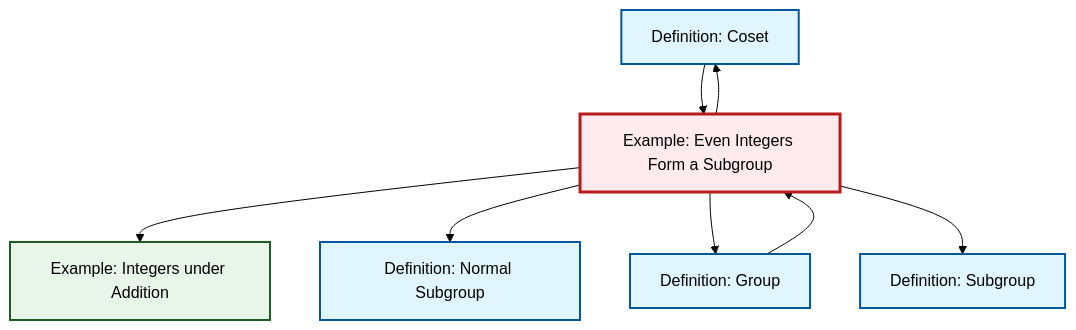
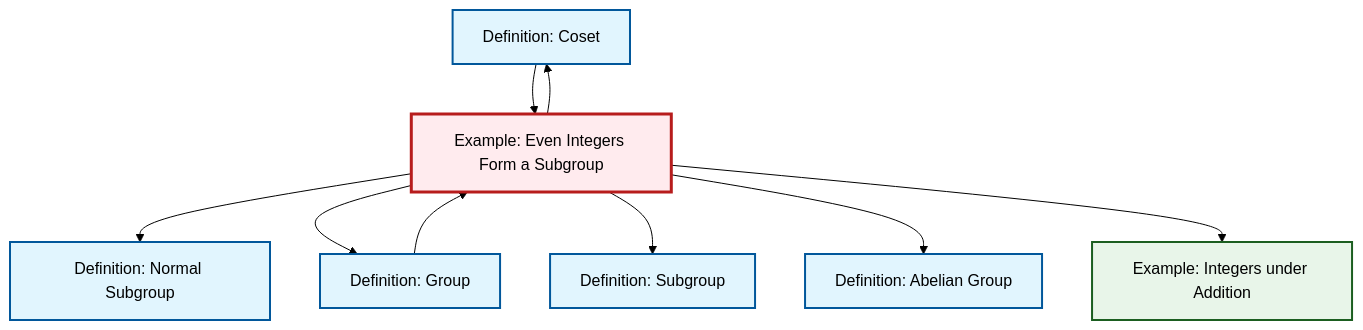
One commit to RK0429/ModernMath changed the diagram in content/ja/algebra/ex-even-integers-subgroup.qmd. Above: the diagram before and after it, drawn with Mermaid (forest theme). The commit also changed 474 other files, not shown here.

````diff
--- a/content/ja/algebra/ex-even-integers-subgroup.qmd
+++ b/content/ja/algebra/ex-even-integers-subgroup.qmd
@@ -52,28 +52,31 @@
 ```{mermaid}
 %%| fig-cap: "Local dependency graph"
 graph TD
     classDef definition fill:#e1f5fe,stroke:#01579b,stroke-width:2px
     classDef theorem fill:#f3e5f5,stroke:#4a148c,stroke-width:2px
     classDef axiom fill:#fff3e0,stroke:#e65100,stroke-width:2px
     classDef example fill:#e8f5e9,stroke:#1b5e20,stroke-width:2px
     classDef current fill:#ffebee,stroke:#b71c1c,stroke-width:3px
+    def-abelian-group["Definition: Abelian Group"]:::definition
+    ex-integers-addition["Example: Integers under Addition"]:::example
     def-coset["Definition: Coset"]:::definition
+    def-normal-subgroup["Definition: Normal Subgroup"]:::definition
+    ex-even-integers-subgroup["Example: Even Integers Form a Subgroup"]:::example
     def-group["Definition: Group"]:::definition
-    def-normal-subgroup["Definition: Normal Subgroup"]:::definition
-    ex-integers-addition["Example: Integers under Addition"]:::example
-    ex-even-integers-subgroup["Example: Even Integers Form a Subgroup"]:::example
     def-subgroup["Definition: Subgroup"]:::definition
+    def-group --> ex-even-integers-subgroup
+    ex-even-integers-subgroup --> def-normal-subgroup
+    ex-even-integers-subgroup --> def-group
+    ex-even-integers-subgroup --> def-subgroup
+    def-coset --> ex-even-integers-subgroup
     ex-even-integers-subgroup --> def-coset
+    ex-even-integers-subgroup --> def-abelian-group
     ex-even-integers-subgroup --> ex-integers-addition
-    ex-even-integers-subgroup --> def-normal-subgroup
-    def-group --> ex-even-integers-subgroup
-    ex-even-integers-subgroup --> def-group
-    def-coset --> ex-even-integers-subgroup
-    ex-even-integers-subgroup --> def-subgroup
     class ex-even-integers-subgroup current
+    click def-abelian-group "def-abelian-group.html" "Definition: Abelian Groupへ"
+    click ex-integers-addition "ex-integers-addition.html" "Example: Integers under Additionへ"
     click def-coset "def-coset.html" "Definition: Cosetへ"
+    click def-normal-subgroup "def-normal-subgroup.html" "Definition: Normal Subgroupへ"
     click def-group "def-group.html" "Definition: Groupへ"
-    click def-normal-subgroup "def-normal-subgroup.html" "Definition: Normal Subgroupへ"
-    click ex-integers-addition "ex-integers-addition.html" "Example: Integers under Additionへ"
     click def-subgroup "def-subgroup.html" "Definition: Subgroupへ"
 ```
````
